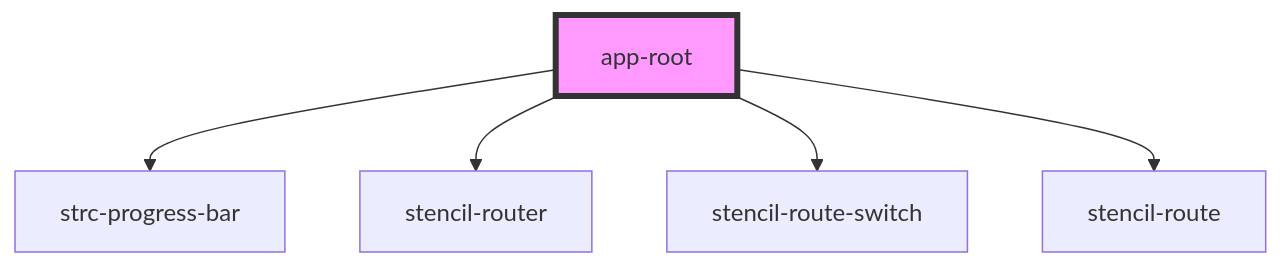
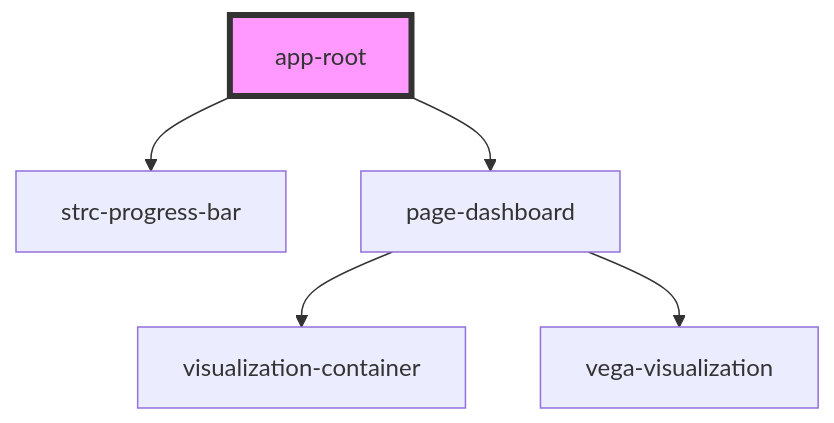
One commit to Symmetronic/covid-19-dwt-analysis changed the diagram in src/app/readme.md. Above: the diagram before and after it, drawn with Mermaid. The commit also changed other lines of this file and 17 other files, not shown here.

````diff
--- a/src/app/readme.md
+++ b/src/app/readme.md
@@ -27,8 +25,8 @@
 ```mermaid
 graph TD;
   app-root --> strc-progress-bar
-  app-root --> stencil-router
-  app-root --> stencil-route-switch
-  app-root --> stencil-route
+  app-root --> page-dashboard
+  page-dashboard --> visualization-container
+  page-dashboard --> vega-visualization
   style app-root fill:#f9f,stroke:#333,stroke-width:4px
 ```
````
